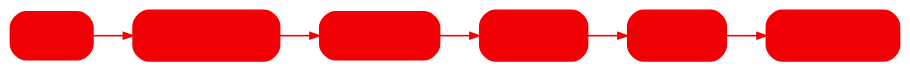
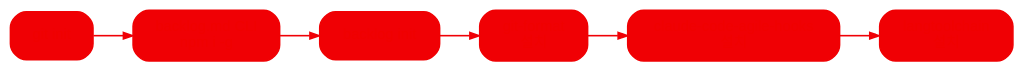
The diagram in diagrams/02-bootstrap.dot (coralstay/coralstay-software-factory), drawn with Graphviz before and after one commit. The commit also changed 10 other files, not shown here.

First line of the commit message:
interlock을 claude-code-agile-hooks로 확정하고 3.03 §2에 세 가지 성격 반영

```diff
--- a/diagrams/02-bootstrap.dot
+++ b/diagrams/02-bootstrap.dot
@@ -1,14 +1,14 @@
 digraph bootstrap {
   bgcolor="transparent"; rankdir=LR; nodesep=0.3; ranksep=0.42;
   node [shape=box, style="filled,rounded", fillcolor="#f00004", color="#f00003",
         fontcolor="#f00001", fontname="Helvetica", fontsize=11, margin="0.18,0.10", penwidth=1.1];
   edge [color="#f00006", arrowsize=0.7, penwidth=1.2];
 
   A1 [label="git init"];
   A2 [label="backlog.md CLI\nnpm i -g"];
   A3 [label="backlog init"];
   A4 [label="git-format\n설치"];
-  A5 [label="interlock\n설치"];
+  A5 [label="claude-code-agile-hooks\n설치"];
   A6 [label="langtoolchain\n설치"];
   A1 -> A2 -> A3 -> A4 -> A5 -> A6;
 }
```
